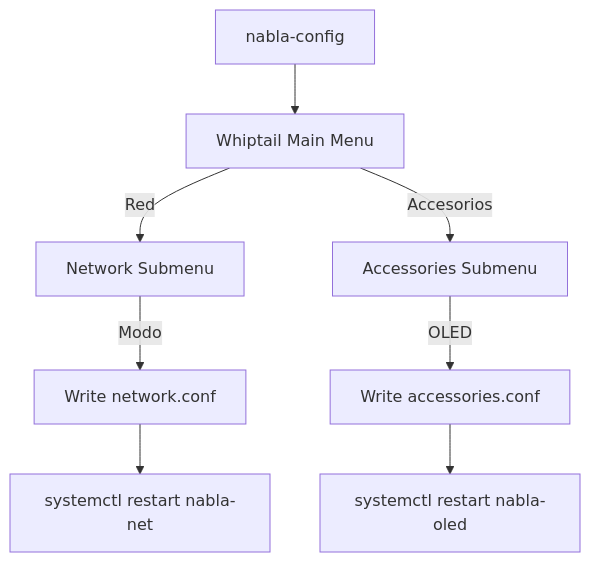
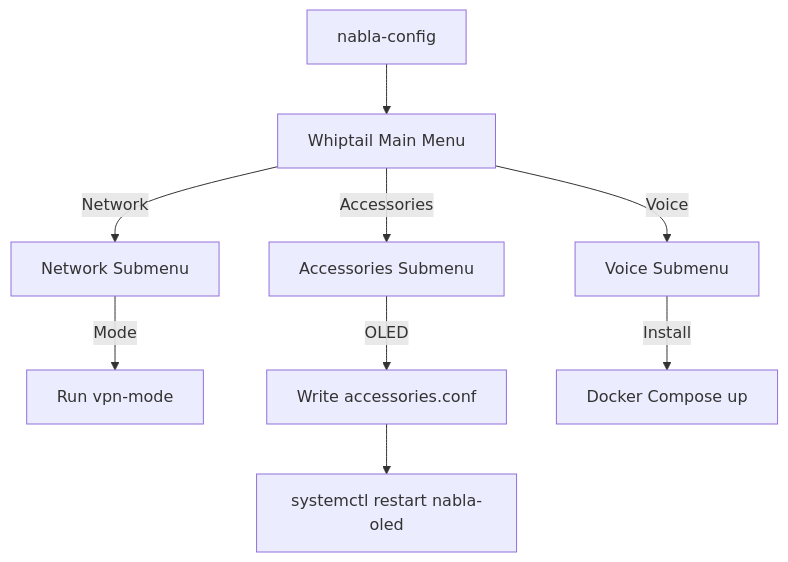
The diagram in nablaedge/docs/pi-config-menu/README.md (txemavs/nabla-edge), drawn with Mermaid before and after one commit. The commit also changed other lines of this file and 12 other files, not shown here.

First line of the commit message:
feat(voice): switch to Linux Voice Assistant (LVA), all English UI

````diff
--- a/nablaedge/docs/pi-config-menu/README.md
+++ b/nablaedge/docs/pi-config-menu/README.md
@@ -126,12 +123,14 @@
 ```mermaid
 flowchart TD
     Start[nabla-config] --> Menu[Whiptail Main Menu]
-    Menu --> |Red| Network[Network Submenu]
-    Menu --> |Accesorios| Accessories[Accessories Submenu]
+    Menu --> |Network| Network[Network Submenu]
+    Menu --> |Accessories| Accessories[Accessories Submenu]
+    Menu --> |Voice| Voice[Voice Submenu]
     
-    Network --> |Modo| SetMode[Write network.conf]
-    SetMode --> Restart[systemctl restart nabla-net]
+    Network --> |Mode| SetMode[Run vpn-mode]
     
     Accessories --> |OLED| SetOLED[Write accessories.conf]
     SetOLED --> RestartOLED[systemctl restart nabla-oled]
+    
+    Voice --> |Install| InstallLVA[Docker Compose up]
 ```
````
